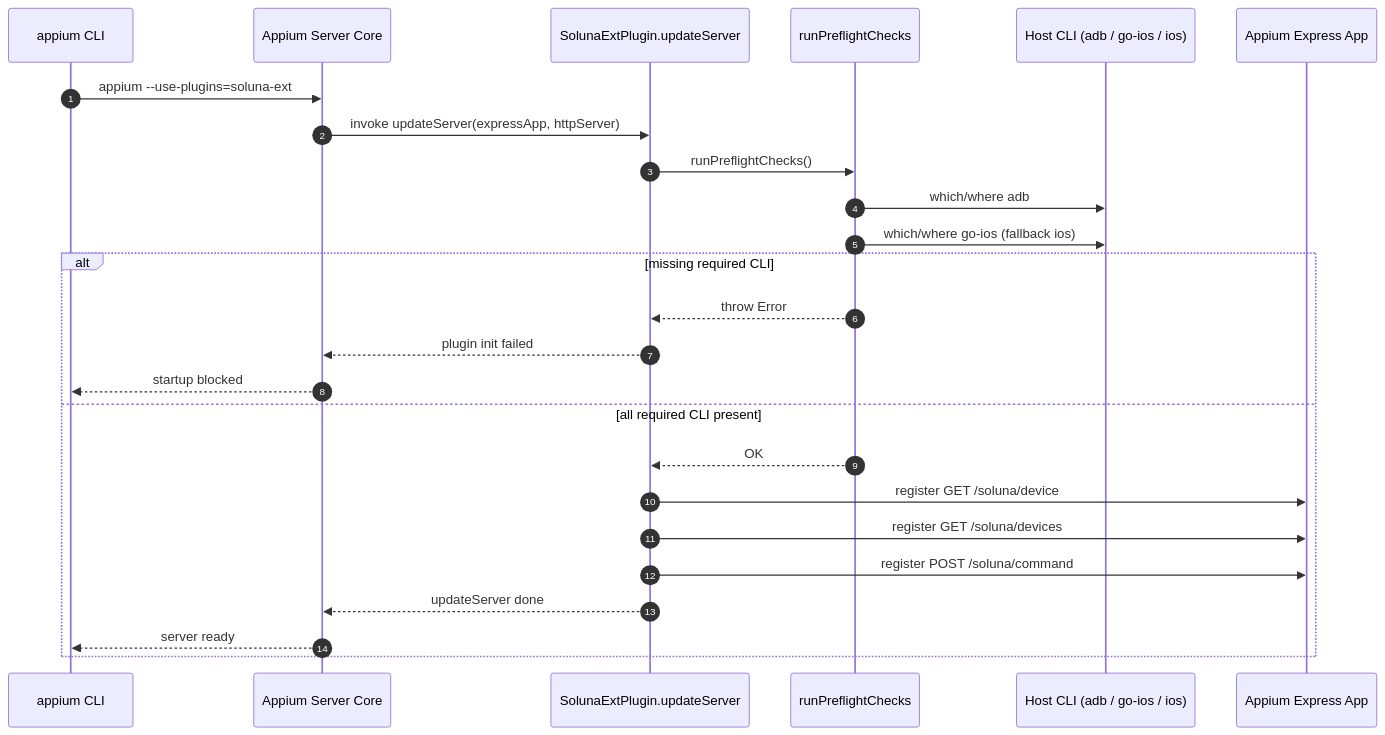
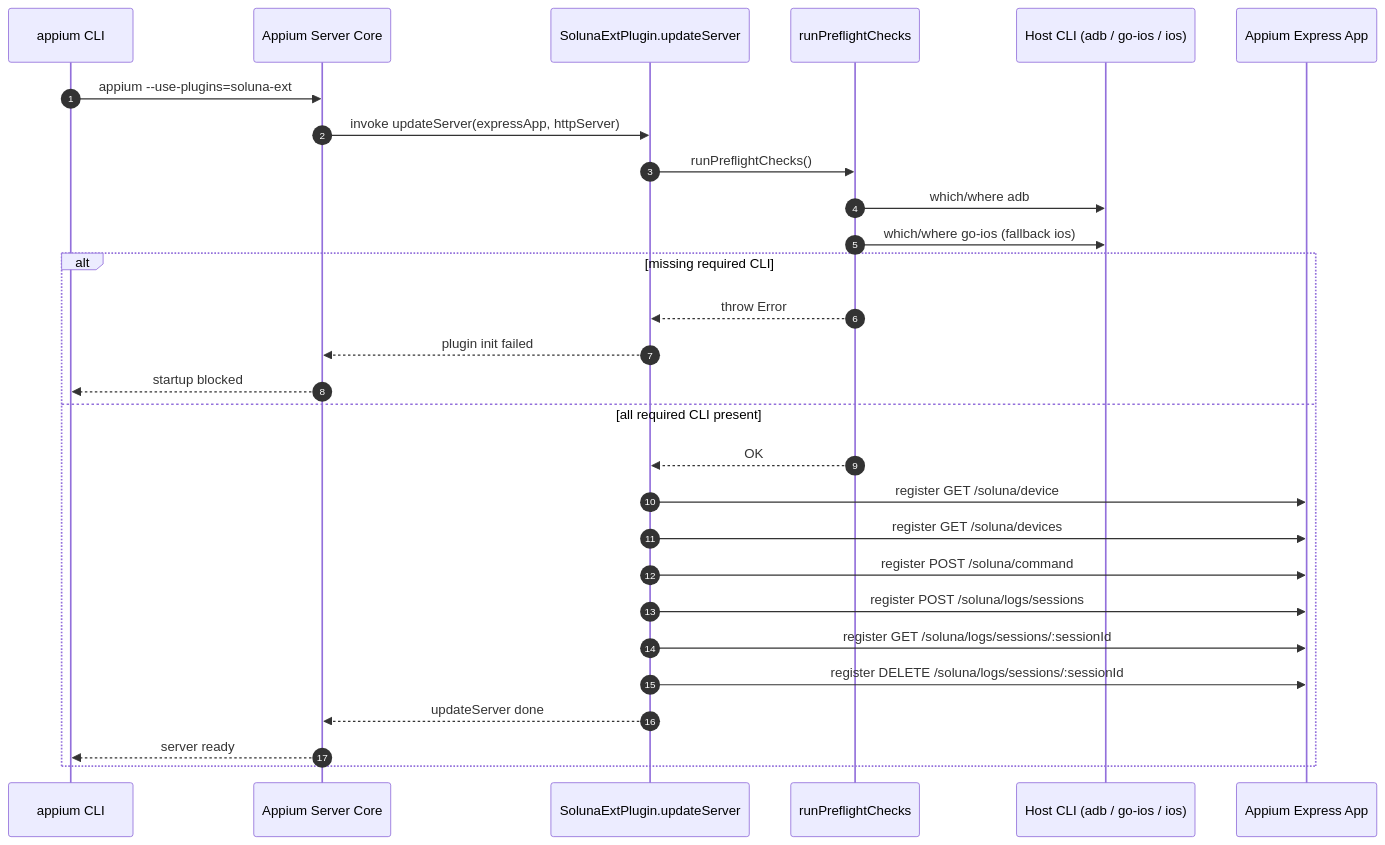
Before and after one commit to xieliangji/soluna-appium-ext: the first of 5 diagrams in 时序图.md, drawn with Mermaid. The commit also changed other lines of this file and 1 other file, not shown here.

````diff
--- a/时序图.md
+++ b/时序图.md
@@ -7,30 +7,33 @@
 ```mermaid
 sequenceDiagram
     autonumber
     participant CLI as appium CLI
     participant Appium as Appium Server Core
     participant Plugin as SolunaExtPlugin.updateServer
     participant Preflight as runPreflightChecks
     participant HostCLI as Host CLI (adb / go-ios / ios)
     participant Express as Appium Express App
 
     CLI->>Appium: appium --use-plugins=soluna-ext
     Appium->>Plugin: invoke updateServer(expressApp, httpServer)
     Plugin->>Preflight: runPreflightChecks()
 
     Preflight->>HostCLI: which/where adb
     Preflight->>HostCLI: which/where go-ios (fallback ios)
 
     alt missing required CLI
         Preflight-->>Plugin: throw Error
         Plugin-->>Appium: plugin init failed
         Appium-->>CLI: startup blocked
     else all required CLI present
         Preflight-->>Plugin: OK
         Plugin->>Express: register GET /soluna/device
         Plugin->>Express: register GET /soluna/devices
         Plugin->>Express: register POST /soluna/command
+        Plugin->>Express: register POST /soluna/logs/sessions
+        Plugin->>Express: register GET /soluna/logs/sessions/:sessionId
+        Plugin->>Express: register DELETE /soluna/logs/sessions/:sessionId
         Plugin-->>Appium: updateServer done
         Appium-->>CLI: server ready
     end
 ```
````
